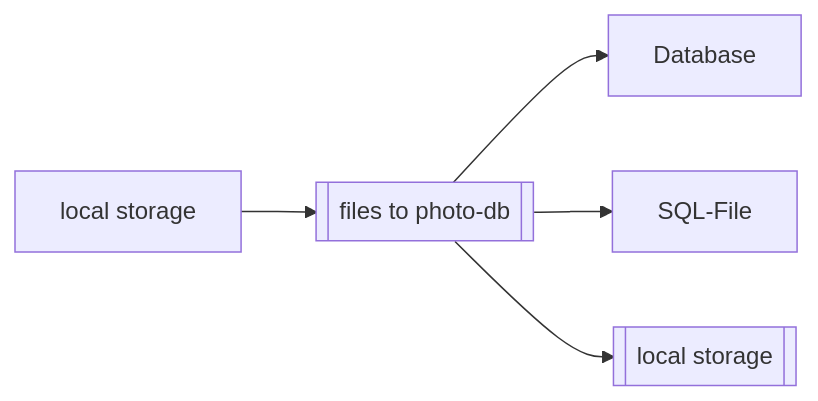
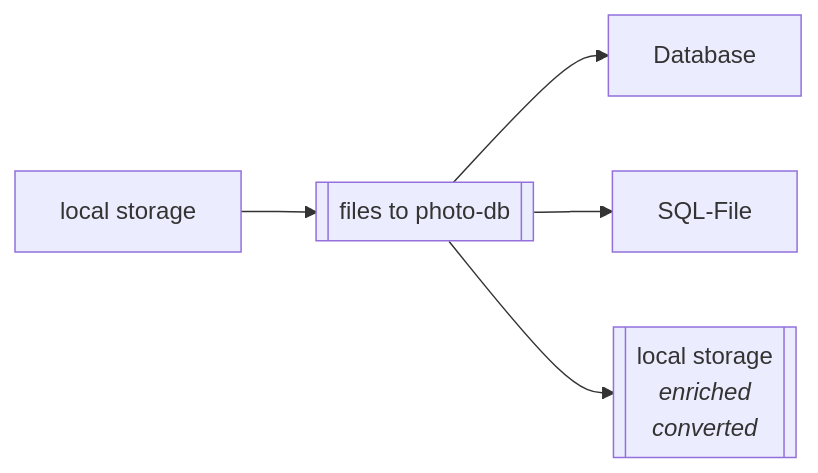
One commit to Zheng-Bote/qt_files_photo-gallery changed the sixth of 7 diagrams in README.md. Above: the diagram before and after it, drawn with Mermaid. The commit also changed other lines of this file, not shown here.

Commit message:
upd: Mermaid

````diff
--- a/README.md
+++ b/README.md
@@ -436,7 +436,9 @@
 ```mermaid
 flowchart LR;
   A[local storage] --> B[[files to photo-db]]
   B --> C[Database]
   B --> D[SQL-File]
-  B --> S[[local storage]]
+  B --> S[["`local storage
+  _enriched_
+  _converted_`"]]
 ```
````
